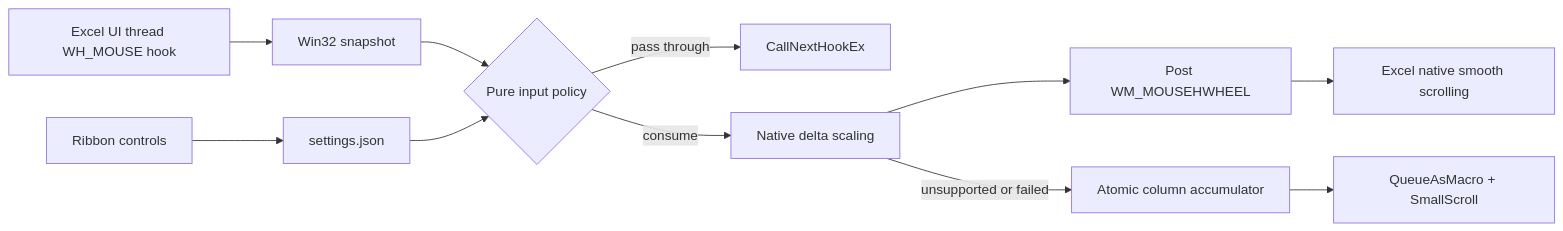
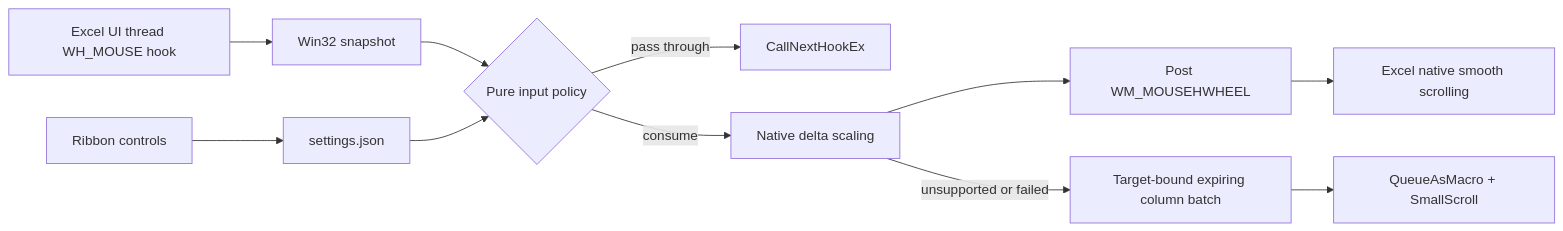
Before and after one commit to Xebet/ExcelShiftScroll: the diagram in docs/architecture.md, drawn with Mermaid. The commit also changed other lines of this file and 31 other files, not shown here.

````diff
--- a/docs/architecture.md
+++ b/docs/architecture.md
@@ -7,13 +7,13 @@
 ```mermaid
 flowchart LR
     A[Excel UI thread WH_MOUSE hook] --> B[Win32 snapshot]
     B --> C{Pure input policy}
     C -->|pass through| D[CallNextHookEx]
     C -->|consume| E[Native delta scaling]
     E --> F[Post WM_MOUSEHWHEEL]
     F --> G[Excel native smooth scrolling]
-    E -->|unsupported or failed| H[Atomic column accumulator]
+    E -->|unsupported or failed| H[Target-bound expiring column batch]
     H --> I[QueueAsMacro + SmallScroll]
     J[settings.json] --> C
     K[Ribbon controls] --> J
 ```
````
